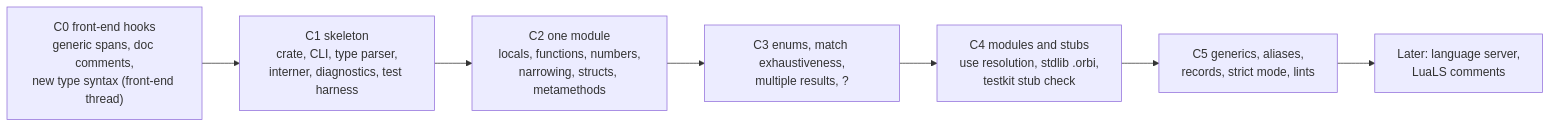
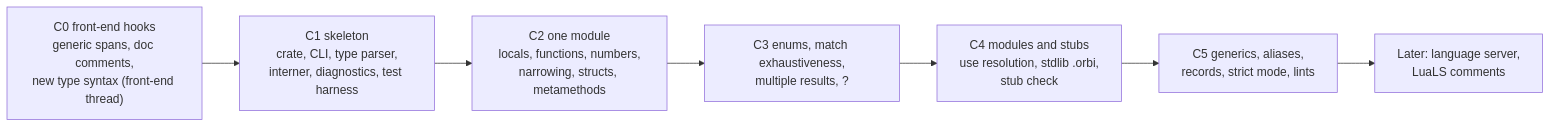
The second of 2 diagrams in docs/design/orbit-check/proposal.md (orbitscript-lang/OrbitScript), drawn with Mermaid before and after one commit. The commit also changed other lines of this file and 25 other files, not shown here.

First line of the commit message:
orbit-check: stdlib stubs, completion of names in scope, parse recovery

````diff
--- a/docs/design/orbit-check/proposal.md
+++ b/docs/design/orbit-check/proposal.md
@@ -240,9 +242,9 @@
 ```mermaid
 flowchart LR
     c0["C0 front-end hooks<br/>generic spans, doc comments,<br/>new type syntax (front-end thread)"] --> c1
     c1["C1 skeleton<br/>crate, CLI, type parser,<br/>interner, diagnostics, test harness"] --> c2
     c2["C2 one module<br/>locals, functions, numbers,<br/>narrowing, structs, metamethods"] --> c3
     c3["C3 enums, match exhaustiveness,<br/>multiple results, ?"] --> c4
-    c4["C4 modules and stubs<br/>use resolution, stdlib .orbi,<br/>testkit stub check"] --> c5
+    c4["C4 modules and stubs<br/>use resolution, stdlib .orbi,<br/>stub check"] --> c5
     c5["C5 generics, aliases,<br/>records, strict mode, lints"] --> later["Later: language server,<br/>LuaLS comments"]
 ```
````
